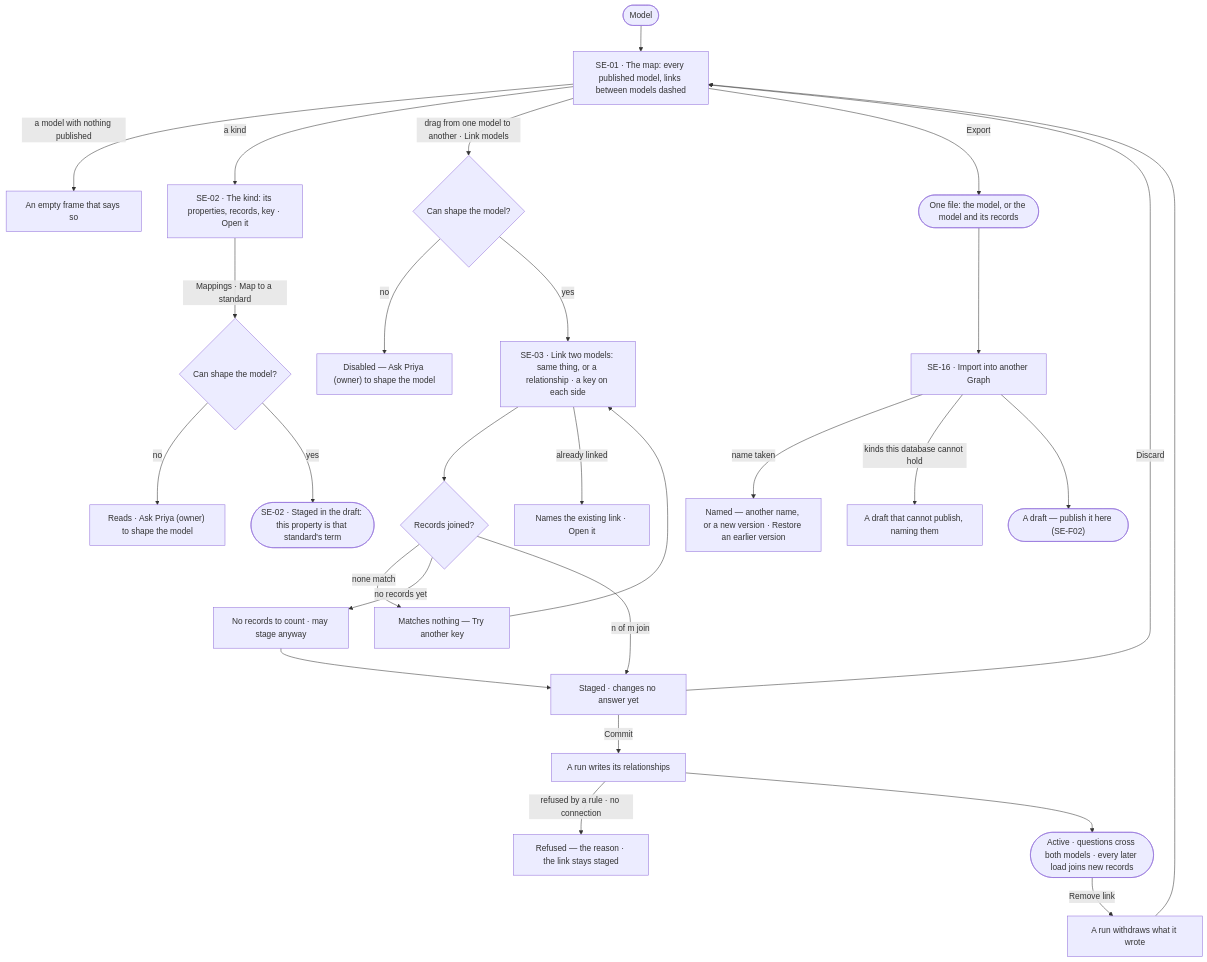
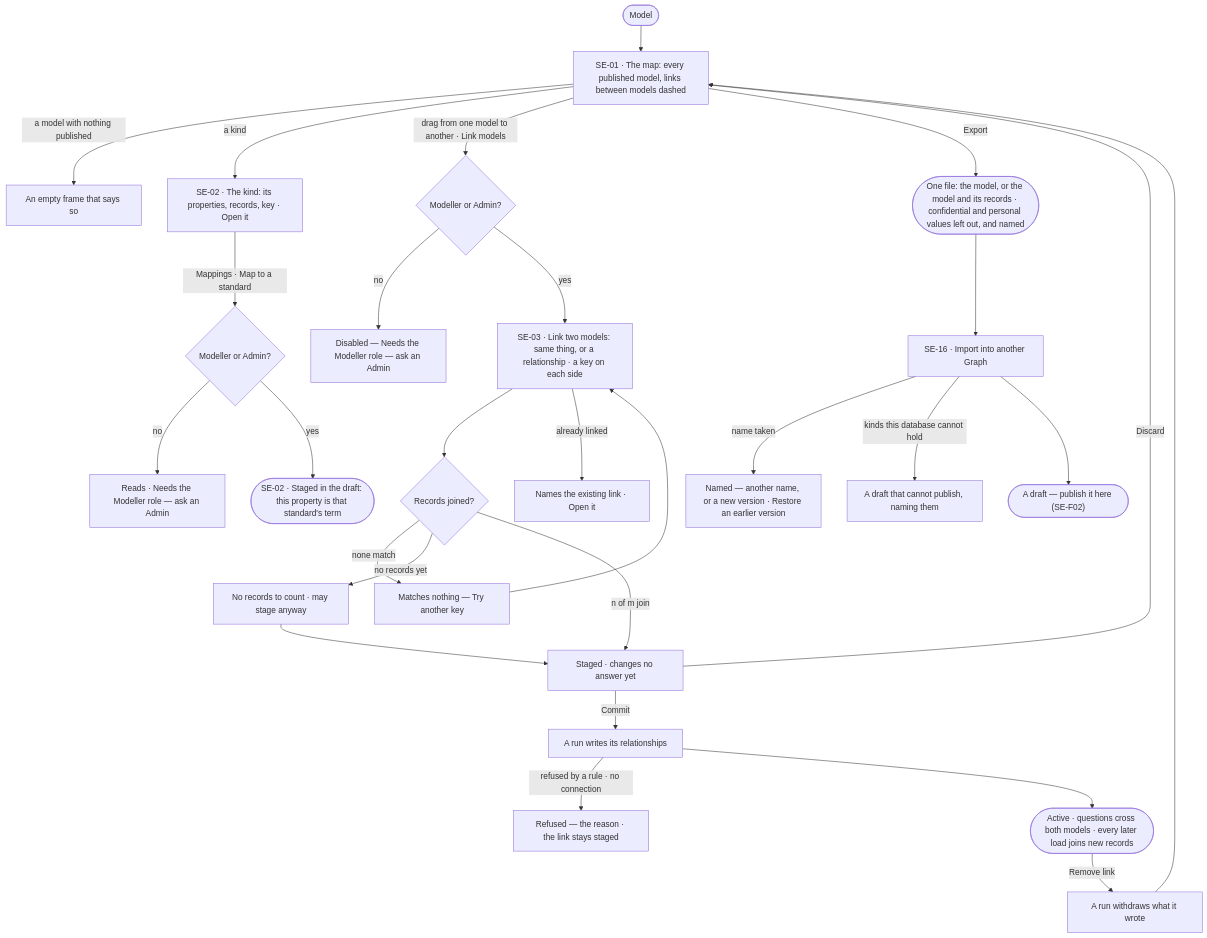
Before and after one commit to invana/invana: the first of 2 diagrams in specs/capabilities/semantics/features/SE-F06-links-and-mappings/feature.md, drawn with Mermaid. The commit also changed other lines of this file and 300 other files, not shown here.

````diff
--- a/specs/capabilities/semantics/features/SE-F06-links-and-mappings/feature.md
+++ b/specs/capabilities/semantics/features/SE-F06-links-and-mappings/feature.md
@@ -22,28 +22,28 @@
 ```mermaid
 flowchart TD
   start([Model]) --> map["SE-01 · The map: every published model, links between models dashed"]
   map -->|a model with nothing published| empty["An empty frame that says so"]
   map -->|a kind| k["SE-02 · The kind: its properties, records, key · Open it"]
-  k -->|Mappings · Map to a standard| mp{Can shape the model?}
-  mp -->|no| na2["Reads · Ask Priya (owner) to shape the model"]
+  k -->|Mappings · Map to a standard| mp{Modeller or Admin?}
+  mp -->|no| na2["Reads · Needs the Modeller role — ask an Admin"]
   mp -->|yes| ms(["SE-02 · Staged in the draft: this property is that standard's term"])
-  map -->|drag from one model to another · Link models| may{Can shape the model?}
-  may -->|no| na["Disabled — Ask Priya (owner) to shape the model"]
+  map -->|drag from one model to another · Link models| may{Modeller or Admin?}
+  may -->|no| na["Disabled — Needs the Modeller role — ask an Admin"]
   may -->|yes| dec["SE-03 · Link two models: same thing, or a relationship · a key on each side"]
   dec --> cnt{Records joined?}
   cnt -->|none match| fix["Matches nothing — Try another key"] --> dec
   cnt -->|no records yet| ok0["No records to count · may stage anyway"]
   cnt -->|n of m join| st["Staged · changes no answer yet"]
   ok0 --> st
   dec -->|already linked| ex["Names the existing link · Open it"]
   st -->|Discard| map
   st -->|Commit| run["A run writes its relationships"]
   run -->|refused by a rule · no connection| rf["Refused — the reason · the link stays staged"]
   run --> act(["Active · questions cross both models · every later load joins new records"])
   act -->|Remove link| rm["A run withdraws what it wrote"] --> map
-  map -->|Export| ex1(["One file: the model, or the model and its records"])
+  map -->|Export| ex1(["One file: the model, or the model and its records · confidential and personal values left out, and named"])
   ex1 --> imp["SE-16 · Import into another Graph"]
   imp -->|name taken| nt["Named — another name, or a new version · Restore an earlier version"]
   imp -->|kinds this database cannot hold| np["A draft that cannot publish, naming them"]
   imp --> dr(["A draft — publish it here (SE-F02)"])
 ```
````
